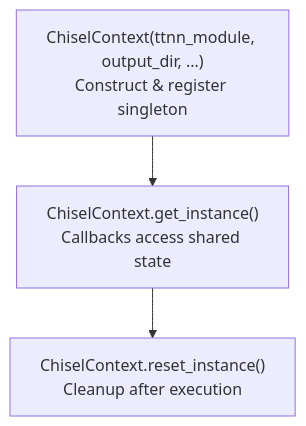
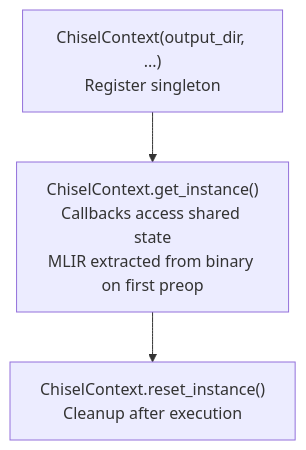
One commit to tenstorrent/tt-mlir changed the first of 4 diagrams in tools/chisel/docs/architecture.md. Above: the diagram before and after it, drawn with Mermaid. The commit also changed other lines of this file and 7 other files, not shown here.

````diff
--- a/tools/chisel/docs/architecture.md
+++ b/tools/chisel/docs/architecture.md
@@ -29,5 +29,5 @@
 ```mermaid
 flowchart TD;
-    A["ChiselContext(ttnn_module, output_dir, ...)<br/>Construct & register singleton"] --> B["ChiselContext.get_instance()<br/>Callbacks access shared state"]
+    A["ChiselContext(output_dir, ...)<br/>Register singleton"] --> B["ChiselContext.get_instance()<br/>Callbacks access shared state<br/>MLIR extracted from binary on first preop"]
     B --> C["ChiselContext.reset_instance()<br/>Cleanup after execution"]
 ```
````
